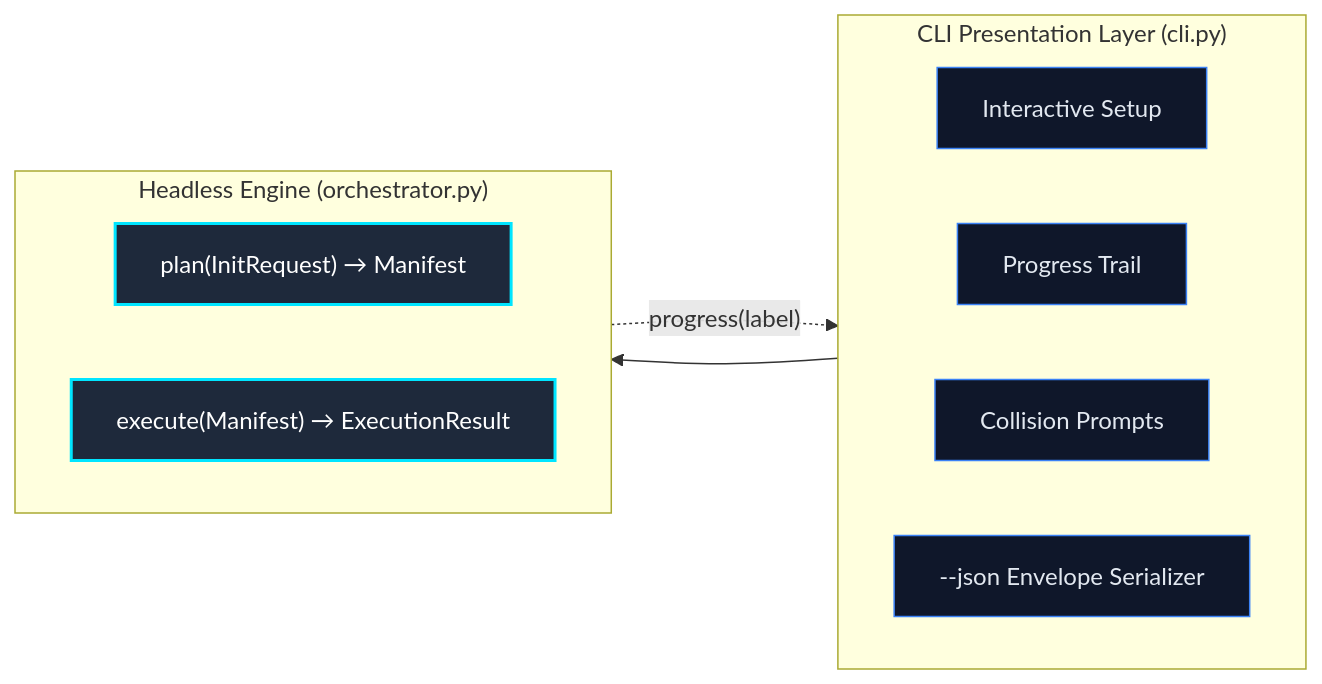
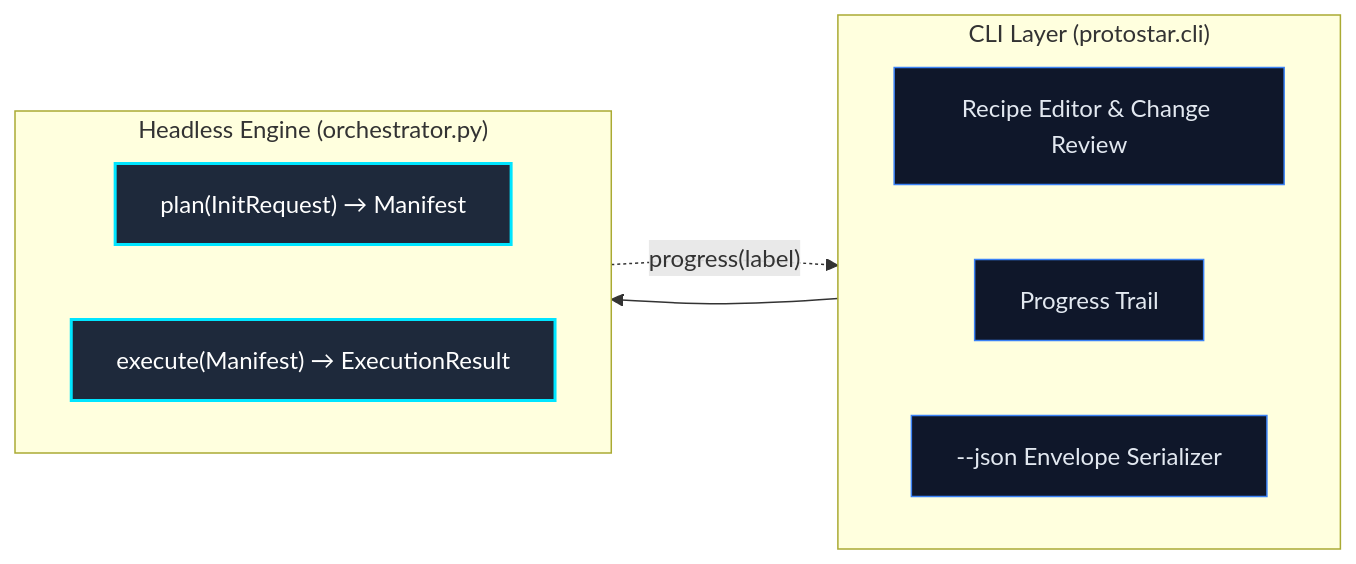
The second of 2 diagrams in docs/design-principles.md (JacksonFergusonDev/protostar), drawn with Mermaid before and after one commit. The commit also changed other lines of this file and 3 other files, not shown here.

````diff
--- a/docs/design-principles.md
+++ b/docs/design-principles.md
@@ -92,22 +92,21 @@
 ```mermaid
 flowchart LR
     classDef cli fill:#0f172a,stroke:#3b82f6,stroke-width:1px,color:#e2e8f0;
     classDef engine fill:#1e293b,stroke:#00e5ff,stroke-width:2px,color:#fff;
 
-    subgraph CLI ["CLI Presentation Layer (cli.py)"]
+    subgraph CLI ["CLI Layer (protostar.cli)"]
         direction LR
-        TUI["Interactive Setup"]:::cli
+        TUI["Recipe Editor & Change Review"]:::cli
         Trail["Progress Trail"]:::cli
-        Collision["Collision Prompts"]:::cli
         JSON["--json Envelope Serializer"]:::cli
     end
 
     subgraph Engine ["Headless Engine (orchestrator.py)"]
         direction LR
         Plan["<span style='white-space:nowrap'>plan(InitRequest) → Manifest</span>"]:::engine
         Exec["<span style='white-space:nowrap'>execute(Manifest) → ExecutionResult</span>"]:::engine
     end
 
     CLI --> Engine
     Exec -.->|"progress(label)"| Trail
 ```
````
